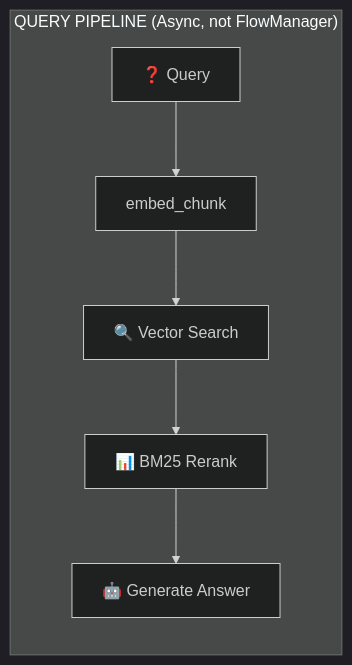
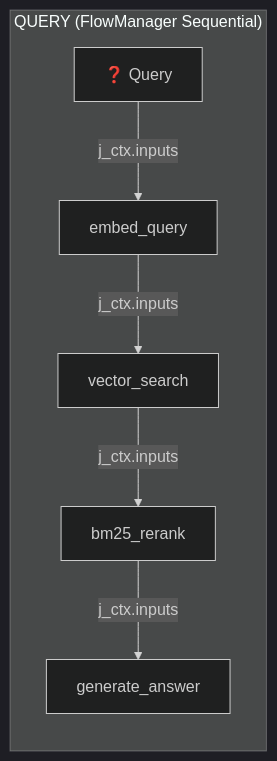
Before and after one commit to dav-rob/Flow4AI: the second of 2 diagrams in examples/integrations/parallel_rag/README.md, drawn with Mermaid (dark theme). The commit also changed other lines of this file and 3 other files, not shown here.

First line of the commit message:
feat(rag): Add FlowManager query pipeline with j_ctx chaining

````diff
--- a/examples/integrations/parallel_rag/README.md
+++ b/examples/integrations/parallel_rag/README.md
@@ -23,9 +21,9 @@
 ```mermaid
 graph LR
-    subgraph "QUERY PIPELINE (Async, not FlowManager)"
-        Q[❓ Query] --> R[embed_chunk]
-        R --> S[🔍 Vector Search]
-        S --> T[📊 BM25 Rerank]
-        T --> U[🤖 Generate Answer]
+    subgraph "QUERY (FlowManager Sequential)"
+        Q[❓ Query] --> |j_ctx.inputs| R[embed_query]
+        R --> |j_ctx.inputs| S[vector_search]
+        S --> |j_ctx.inputs| T[bm25_rerank]
+        T --> |j_ctx.inputs| U[generate_answer]
     end
 ```
````
